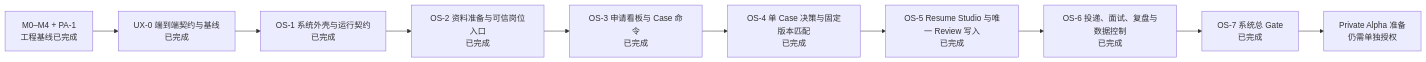
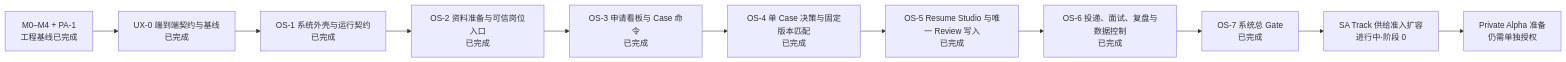
The diagram in docs/06-mvp-roadmap.md (CodeVoyager21932/Aijob), drawn with Mermaid before and after one commit. The commit also changed other lines of this file and 3 other files, not shown here.

```diff
--- a/docs/06-mvp-roadmap.md
+++ b/docs/06-mvp-roadmap.md
@@ -53,12 +55,13 @@
 ~~~mermaid
 flowchart LR
     B["M0–M4 + PA-1<br/>工程基线已完成"] --> U0["UX-0 端到端契约与基线<br/>已完成"]
     U0 --> O1["OS-1 系统外壳与运行契约<br/>已完成"]
     O1 --> O2["OS-2 资料准备与可信岗位入口<br/>已完成"]
     O2 --> O3["OS-3 申请看板与 Case 命令<br/>已完成"]
     O3 --> O4["OS-4 单 Case 决策与固定版本匹配<br/>已完成"]
     O4 --> O5["OS-5 Resume Studio 与唯一 Review 写入<br/>已完成"]
     O5 --> O6["OS-6 投递、面试、复盘与数据控制<br/>已完成"]
     O6 --> O7["OS-7 系统总 Gate<br/>已完成"]
-    O7 --> P["Private Alpha 准备<br/>仍需单独授权"]
+    O7 --> SA["SA Track 供给准入扩容<br/>进行中·阶段 0"]
+    SA --> P["Private Alpha 准备<br/>仍需单独授权"]
 ~~~
```
